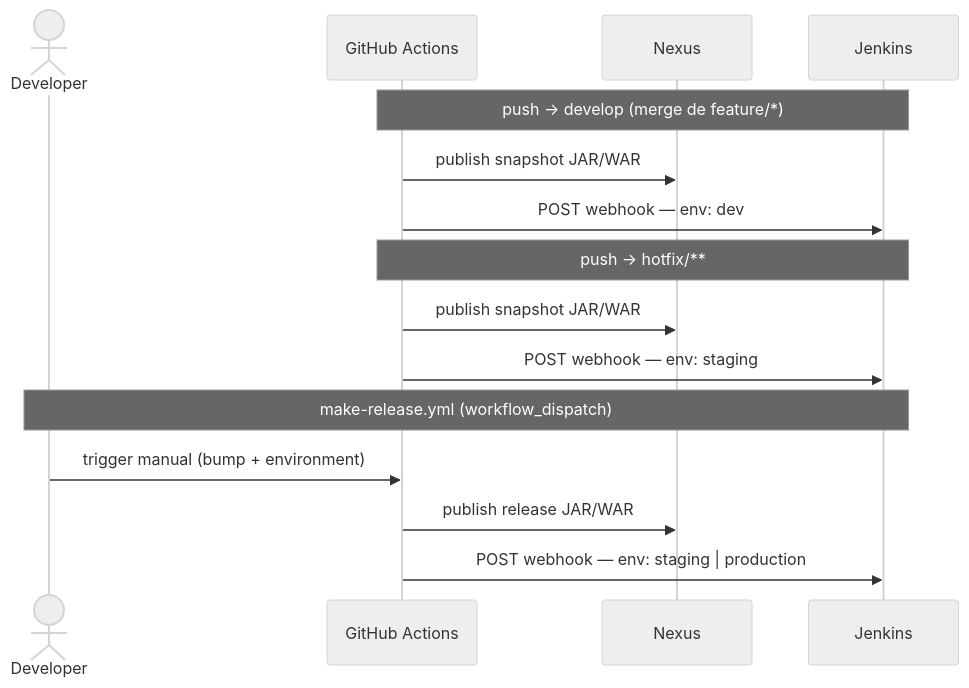
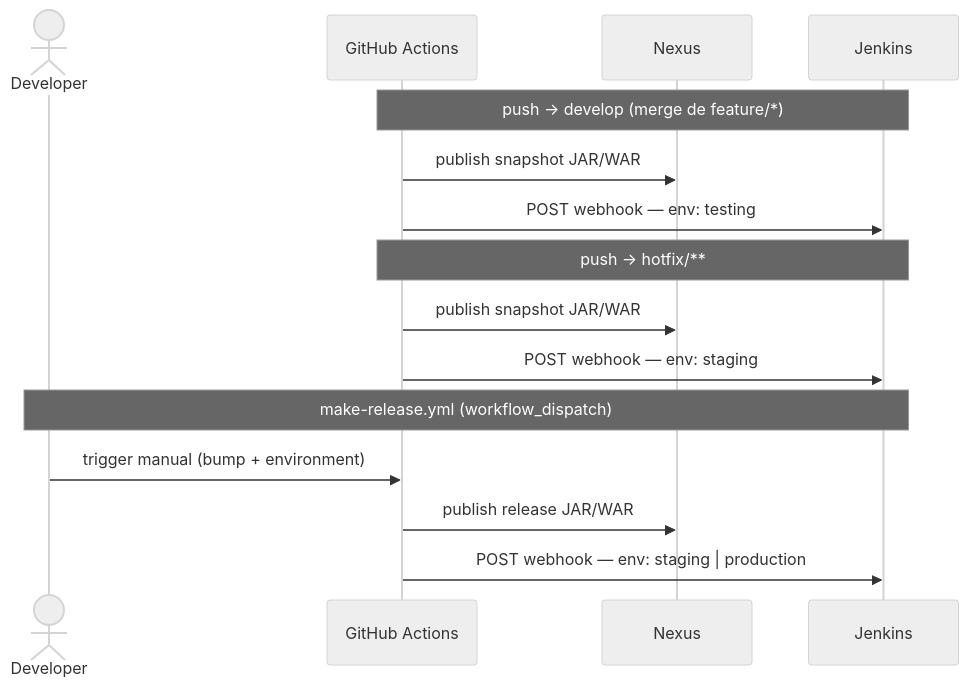
One commit to BQN-UY/CI-CD changed the third of 3 diagrams in docs/migration-v2.md. Above: the diagram before and after it, drawn with Mermaid (neutral theme). The commit also changed other lines of this file and 2 other files, not shown here.

First line of the commit message:
fix: renombrar ambiente dev → testing en deploy-trigger y documentación

````diff
--- a/docs/migration-v2.md
+++ b/docs/migration-v2.md
@@ -524,20 +524,20 @@
 ```mermaid
 sequenceDiagram
     actor DEV as Developer
     participant GHA as GitHub Actions
     participant NX as Nexus
     participant JNK as Jenkins
 
     Note over GHA,JNK: push → develop (merge de feature/*)
     GHA->>NX: publish snapshot JAR/WAR
-    GHA->>JNK: POST webhook — env: dev
+    GHA->>JNK: POST webhook — env: testing
 
     Note over GHA,JNK: push → hotfix/**
     GHA->>NX: publish snapshot JAR/WAR
     GHA->>JNK: POST webhook — env: staging
 
     Note over DEV,JNK: make-release.yml (workflow_dispatch)
     DEV->>GHA: trigger manual (bump + environment)
     GHA->>NX: publish release JAR/WAR
     GHA->>JNK: POST webhook — env: staging | production
 ```
````
